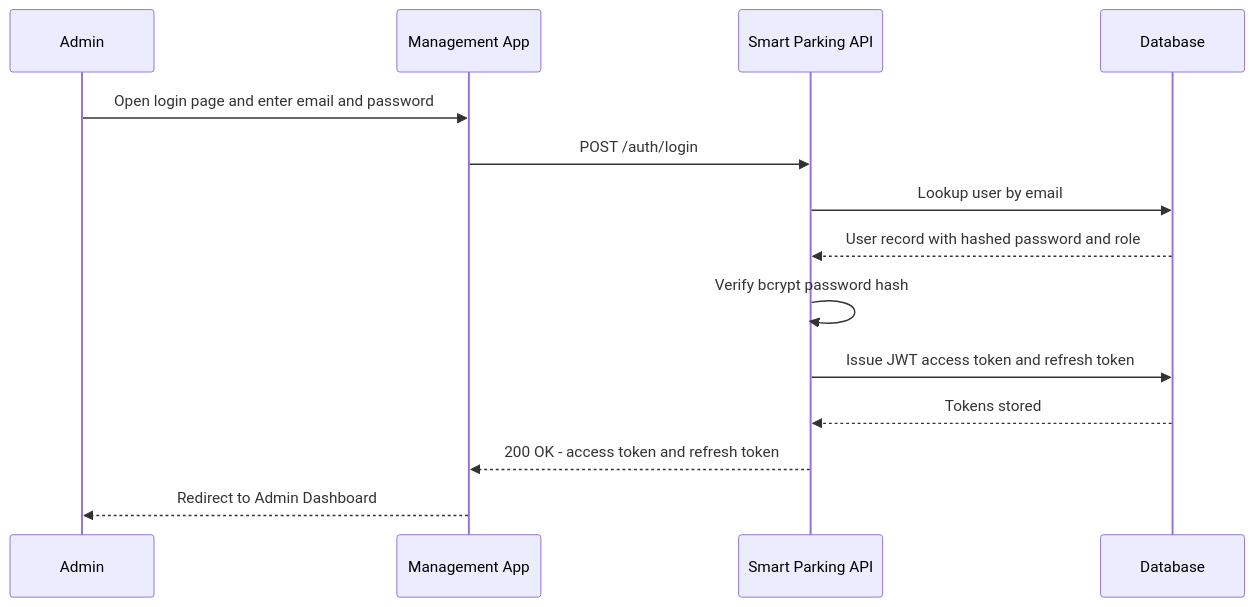
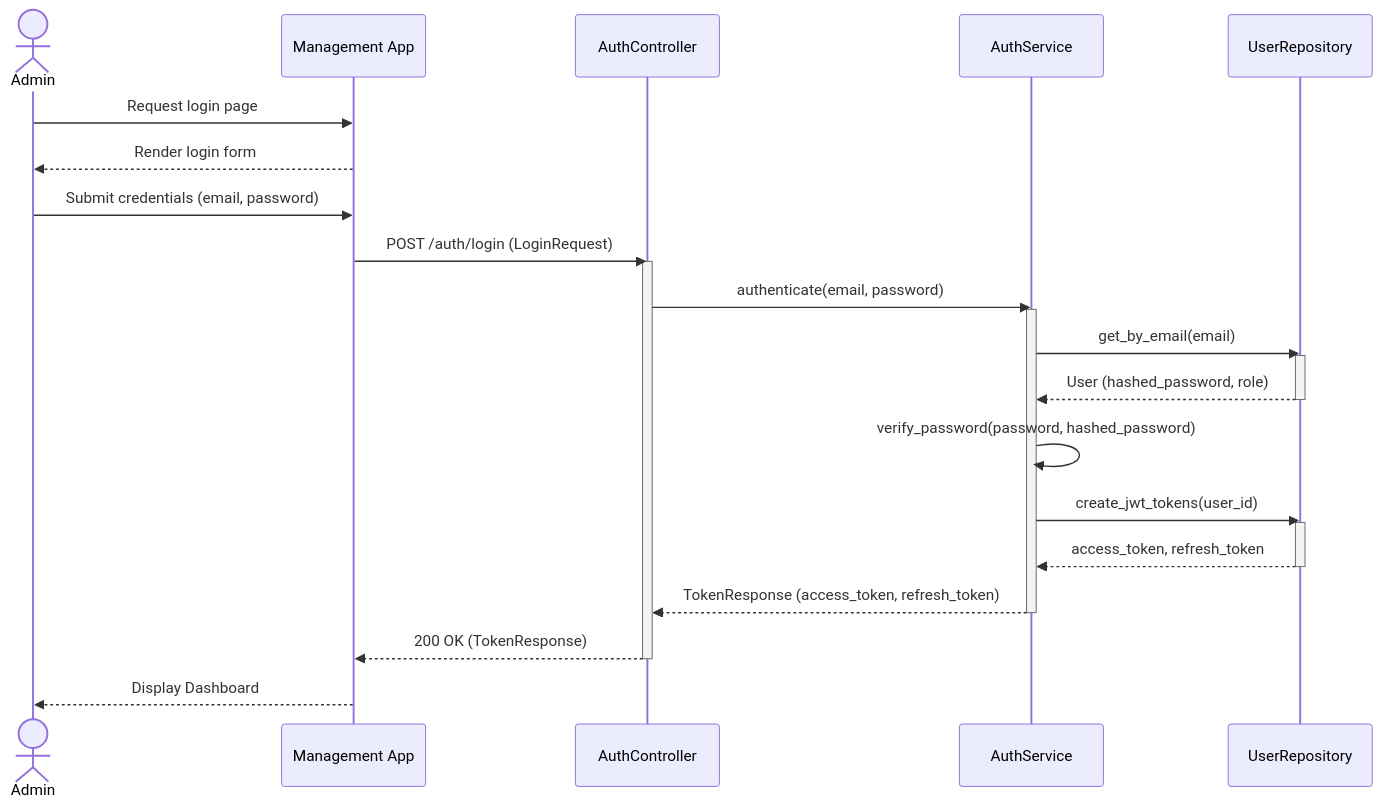
Before and after one commit to kxunsithu/smart-parking-lot-system: the seventh of 16 diagrams in docs/Smart_Parking_Lot_System_Documentation.md, drawn with Mermaid. The commit also changed other lines of this file and 1 other file, not shown here.

````diff
--- a/docs/Smart_Parking_Lot_System_Documentation.md
+++ b/docs/Smart_Parking_Lot_System_Documentation.md
@@ -848,17 +911,30 @@
 ```mermaid
 sequenceDiagram
-    participant Admin
-    participant App as Management App
-    participant API as Smart Parking API
-    participant DB as Database
+    actor Admin
+    participant UI as Management App
+    participant API as AuthController
+    participant Auth as AuthService
+    participant DB as UserRepository
 
-    Admin->>App: Open login page and enter email and password
-    App->>API: POST /auth/login
-    API->>DB: Lookup user by email
-    DB-->>API: User record with hashed password and role
-    API->>API: Verify bcrypt password hash
-    API->>DB: Issue JWT access token and refresh token
-    DB-->>API: Tokens stored
-    API-->>App: 200 OK - access token and refresh token
-    App-->>Admin: Redirect to Admin Dashboard
+    Admin->>UI: Request login page
+    UI-->>Admin: Render login form
+    Admin->>UI: Submit credentials (email, password)
+    UI->>API: POST /auth/login (LoginRequest)
+    activate API
+    API->>Auth: authenticate(email, password)
+    activate Auth
+    Auth->>DB: get_by_email(email)
+    activate DB
+    DB-->>Auth: User (hashed_password, role)
+    deactivate DB
+    Auth->>Auth: verify_password(password, hashed_password)
+    Auth->>DB: create_jwt_tokens(user_id)
+    activate DB
+    DB-->>Auth: access_token, refresh_token
+    deactivate DB
+    Auth-->>API: TokenResponse (access_token, refresh_token)
+    deactivate Auth
+    API-->>UI: 200 OK (TokenResponse)
+    deactivate API
+    UI-->>Admin: Display Dashboard
 ```
````
